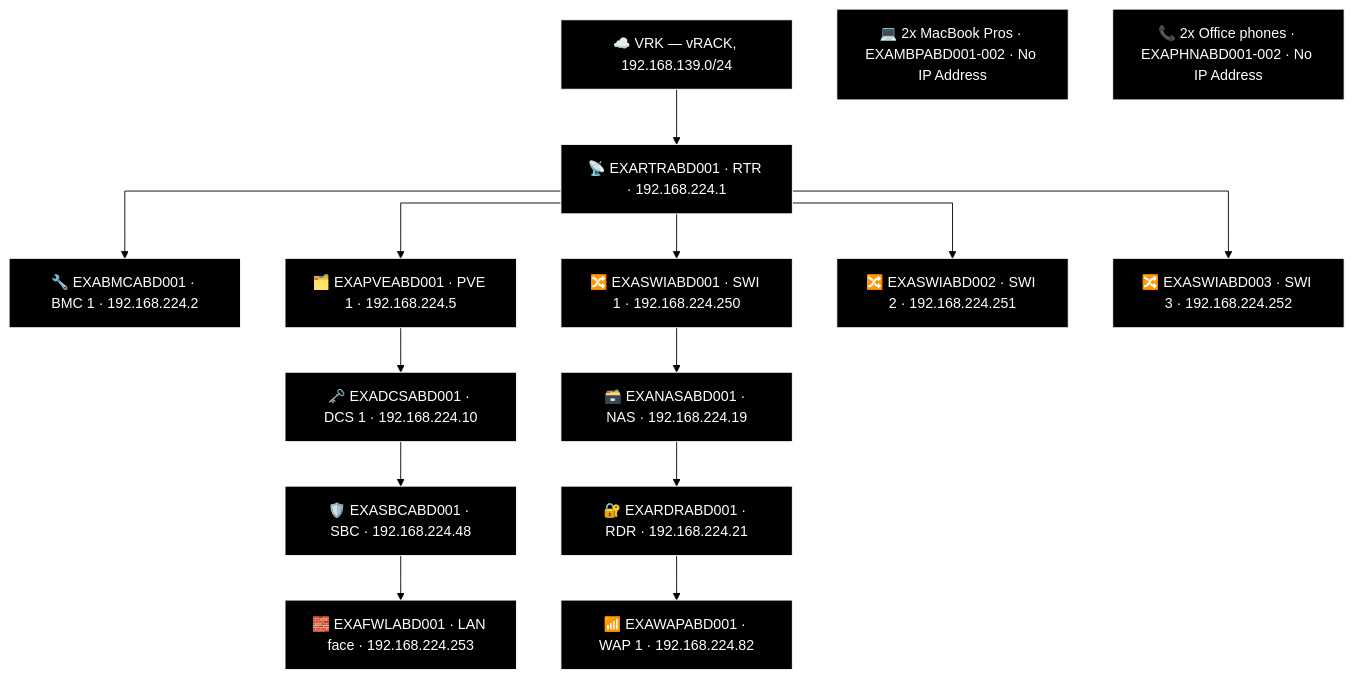
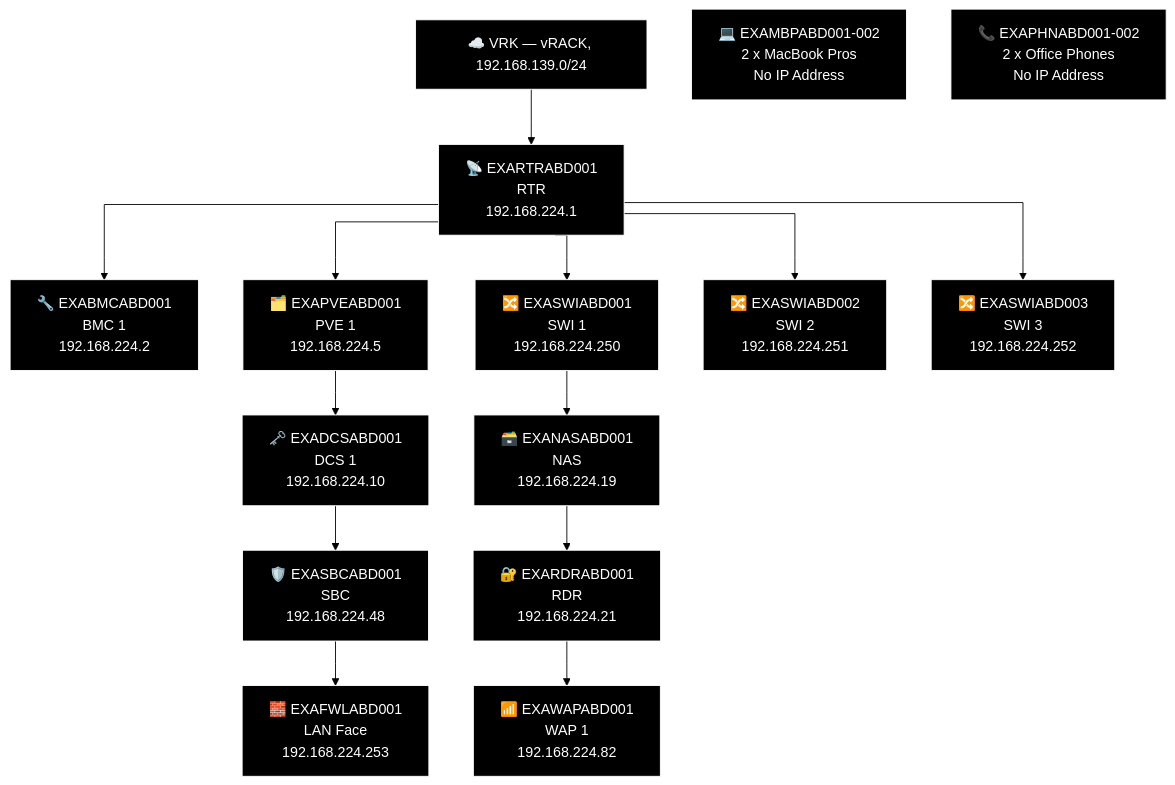
Before and after one commit to knightmare2600/example_music_infra: diagram 14 of 14 in docs/network-diagram/scotland.md, drawn with Mermaid (forest theme). The commit also changed other lines of this file and 18 other files, not shown here.

````diff
--- a/docs/network-diagram/scotland.md
+++ b/docs/network-diagram/scotland.md
@@ -692,44 +692,44 @@
 ```mermaid
 %% GENERATED:TOPOLOGY:ABD:START
 %%{init: {'flowchart': {'curve': 'stepAfter'}}}%%
 graph TD
     T_VRK["☁️ VRK — vRACK, 192.168.139.0/24"]
-    T_RTR["📡 EXARTRABD001 · RTR · 192.168.224.1"]
+    T_RTR["📡 EXARTRABD001<br/>RTR<br/>192.168.224.1"]
     T_VRK --> T_RTR
-    T_BMC["🔧 EXABMCABD001 · BMC 1 · 192.168.224.2"]
+    T_BMC["🔧 EXABMCABD001<br/>BMC 1<br/>192.168.224.2"]
     T_RTR --> T_BMC
-    T_PVE["🗂️ EXAPVEABD001 · PVE 1 · 192.168.224.5"]
+    T_PVE["🗂️ EXAPVEABD001<br/>PVE 1<br/>192.168.224.5"]
     T_RTR --> T_PVE
-    T_SWI["🔀 EXASWIABD001 · SWI 1 · 192.168.224.250"]
+    T_SWI["🔀 EXASWIABD001<br/>SWI 1<br/>192.168.224.250"]
     T_RTR --> T_SWI
-    T_SWI2["🔀 EXASWIABD002 · SWI 2 · 192.168.224.251"]
+    T_SWI2["🔀 EXASWIABD002<br/>SWI 2<br/>192.168.224.251"]
     T_RTR --> T_SWI2
-    T_SWI3["🔀 EXASWIABD003 · SWI 3 · 192.168.224.252"]
+    T_SWI3["🔀 EXASWIABD003<br/>SWI 3<br/>192.168.224.252"]
     T_RTR --> T_SWI3
-    T_NAS["🗃️ EXANASABD001 · NAS · 192.168.224.19"]
-    T_RDR["🔐 EXARDRABD001 · RDR · 192.168.224.21"]
-    T_WAP["📶 EXAWAPABD001 · WAP 1 · 192.168.224.82"]
+    T_NAS["🗃️ EXANASABD001<br/>NAS<br/>192.168.224.19"]
+    T_RDR["🔐 EXARDRABD001<br/>RDR<br/>192.168.224.21"]
+    T_WAP["📶 EXAWAPABD001<br/>WAP 1<br/>192.168.224.82"]
     T_SWI --> T_NAS --> T_RDR --> T_WAP
-    T_DCS["🗝️ EXADCSABD001 · DCS 1 · 192.168.224.10"]
-    T_SBC["🛡️ EXASBCABD001 · SBC · 192.168.224.48"]
-    T_FWL["🧱 EXAFWLABD001 · LAN face · 192.168.224.253"]
+    T_DCS["🗝️ EXADCSABD001<br/>DCS 1<br/>192.168.224.10"]
+    T_SBC["🛡️ EXASBCABD001<br/>SBC<br/>192.168.224.48"]
+    T_FWL["🧱 EXAFWLABD001<br/>LAN Face<br/>192.168.224.253"]
     T_PVE --> T_DCS --> T_SBC --> T_FWL
-    T_OTH_MBP["💻 2x MacBook Pros · EXAMBPABD001-002 · No IP Address"]
-    T_OTH_PHN["📞 2x Office phones · EXAPHNABD001-002 · No IP Address"]
+    T_OTH_MBP["💻 EXAMBPABD001-002<br/>2 x MacBook Pros<br/>No IP Address"]
+    T_OTH_PHN["📞 EXAPHNABD001-002<br/>2 x Office Phones<br/>No IP Address"]
     style T_VRK fill:#000000,stroke:#FFFFFF,color:#FFFFFF
     style T_RTR fill:#000000,stroke:#FFFFFF,color:#FFFFFF
     style T_BMC fill:#000000,stroke:#FFFFFF,color:#FFFFFF
     style T_PVE fill:#000000,stroke:#FFFFFF,color:#FFFFFF
     style T_SWI fill:#000000,stroke:#FFFFFF,color:#FFFFFF
     style T_SWI2 fill:#000000,stroke:#FFFFFF,color:#FFFFFF
     style T_SWI3 fill:#000000,stroke:#FFFFFF,color:#FFFFFF
     style T_NAS fill:#000000,stroke:#FFFFFF,color:#FFFFFF
     style T_RDR fill:#000000,stroke:#FFFFFF,color:#FFFFFF
     style T_WAP fill:#000000,stroke:#FFFFFF,color:#FFFFFF
     style T_DCS fill:#000000,stroke:#FFFFFF,color:#FFFFFF
     style T_SBC fill:#000000,stroke:#FFFFFF,color:#FFFFFF
     style T_FWL fill:#000000,stroke:#FFFFFF,color:#FFFFFF
     style T_OTH_MBP fill:#000000,stroke:#FFFFFF,color:#FFFFFF
     style T_OTH_PHN fill:#000000,stroke:#FFFFFF,color:#FFFFFF
 %% GENERATED:TOPOLOGY:ABD:END
 ```
````
